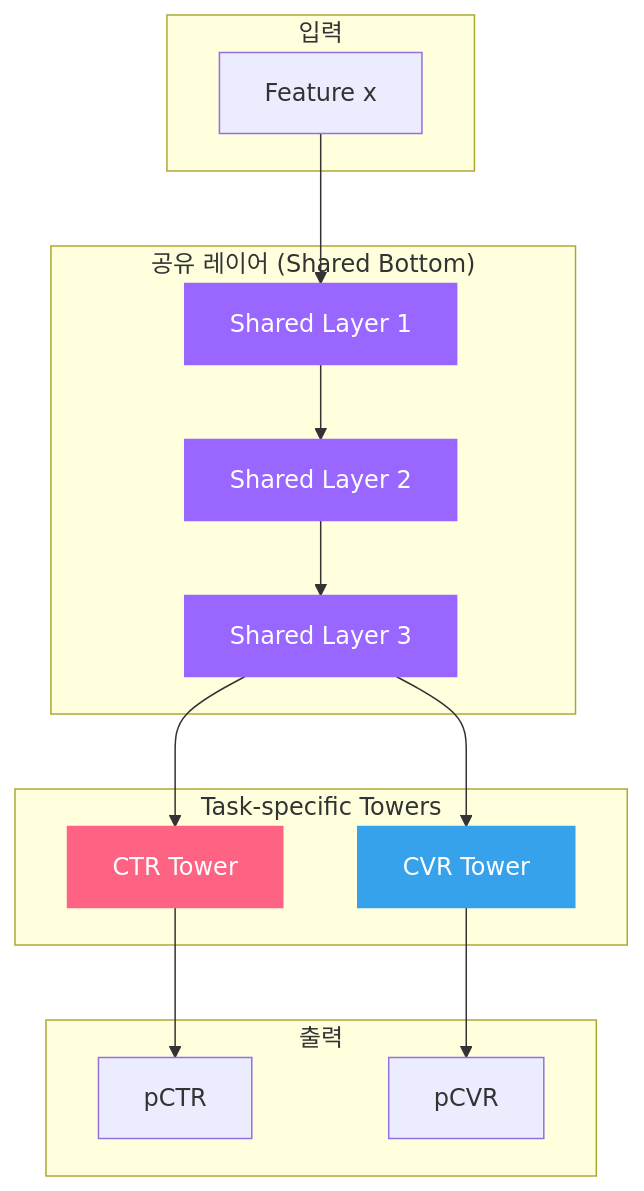
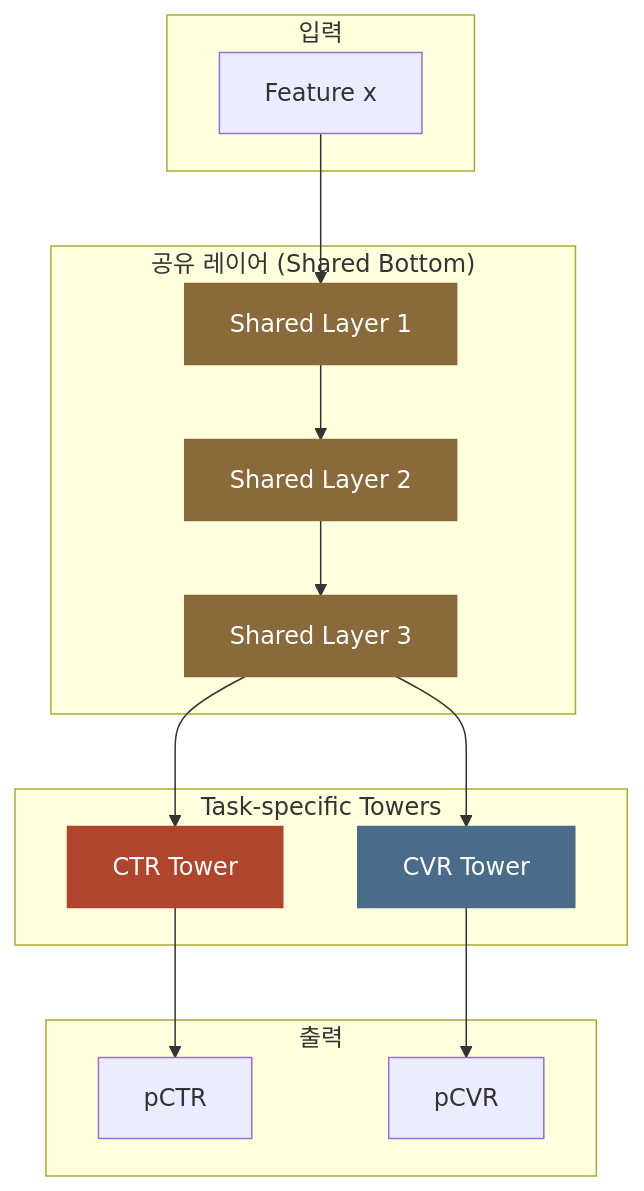
One commit to chkimsu/adtech-blog changed the third of 5 diagrams in posts/multi-task-learning.md. Above: the diagram before and after it, drawn with Mermaid. The commit also changed other lines of this file and 40 other files, not shown here.

````diff
--- a/posts/multi-task-learning.md
+++ b/posts/multi-task-learning.md
@@ -307,32 +307,32 @@
 ```mermaid
 graph TD
     subgraph Input["입력"]
         X["Feature x"]
     end
 
     subgraph Shared["공유 레이어 (Shared Bottom)"]
         S1["Shared Layer 1"]
         S2["Shared Layer 2"]
         S3["Shared Layer 3"]
     end
 
     subgraph TaskTowers["Task-specific Towers"]
         T1["CTR Tower"]
         T2["CVR Tower"]
     end
 
     subgraph Outputs["출력"]
         O1["pCTR"]
         O2["pCVR"]
     end
 
     X --> S1 --> S2 --> S3
     S3 --> T1 --> O1
     S3 --> T2 --> O2
 
-    style S1 fill:#9966ff,stroke:#9966ff,color:#fff
-    style S2 fill:#9966ff,stroke:#9966ff,color:#fff
-    style S3 fill:#9966ff,stroke:#9966ff,color:#fff
-    style T1 fill:#ff6384,stroke:#ff6384,color:#fff
-    style T2 fill:#36a2eb,stroke:#36a2eb,color:#fff
+    style S1 fill:#8a6a3a,stroke:#8a6a3a,color:#fff
+    style S2 fill:#8a6a3a,stroke:#8a6a3a,color:#fff
+    style S3 fill:#8a6a3a,stroke:#8a6a3a,color:#fff
+    style T1 fill:#b0442c,stroke:#b0442c,color:#fff
+    style T2 fill:#4a6b8a,stroke:#4a6b8a,color:#fff
 ```
````
